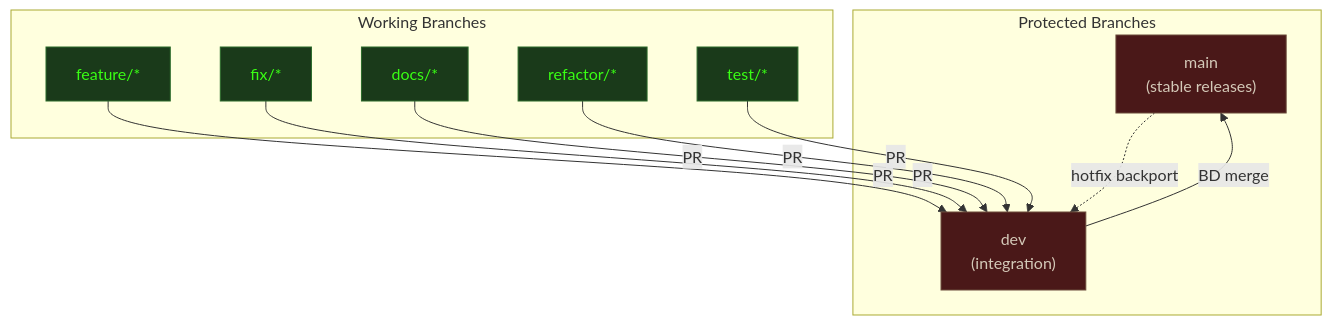
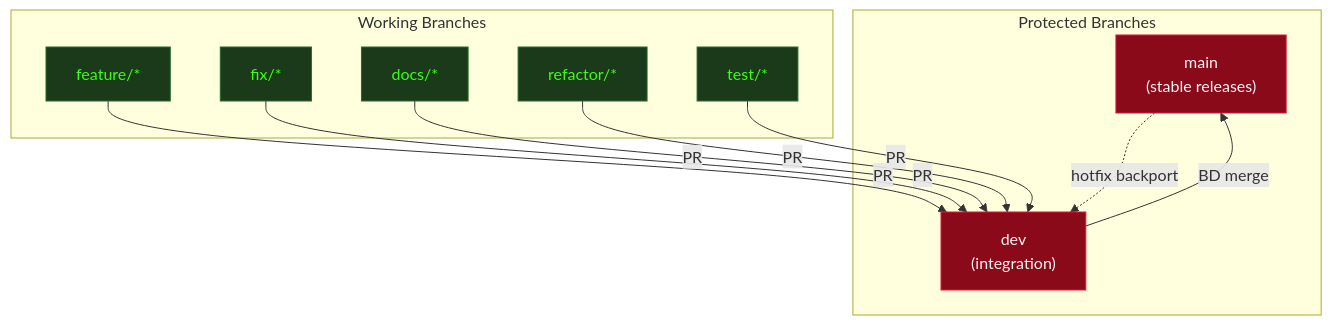
The diagram in docs/reference/ci-workflow.rst (percy-raskova/babylon), drawn with Mermaid before and after one commit. The commit also changed 7 other files, not shown here.

First line of the commit message:
style(docs): replace Necropolis Codex theme with Luxe Gothic palette

```diff
--- a/docs/reference/ci-workflow.rst
+++ b/docs/reference/ci-workflow.rst
@@ -19,26 +19,26 @@
 .. mermaid::
 
    flowchart TB
        subgraph protected["Protected Branches"]
            MAIN["main<br/>(stable releases)"]
            DEV["dev<br/>(integration)"]
        end
 
        subgraph work["Working Branches"]
            FEAT["feature/*"]
            FIX["fix/*"]
            DOCS["docs/*"]
            REFACT["refactor/*"]
            TEST["test/*"]
        end
 
        FEAT & FIX & DOCS & REFACT & TEST -->|"PR"| DEV
        DEV -->|"BD merge"| MAIN
        MAIN -.->|"hotfix backport"| DEV
 
-   %% Necropolis Codex styling
-   classDef protected fill:#4A1818,stroke:#6B4A3A,color:#D4C9B8
+   %% Luxe Gothic styling
+   classDef protected fill:#8B0A1A,stroke:#DC143C,color:#F7F5F3
    classDef work fill:#1A3A1A,stroke:#2A6B2A,color:#39FF14
 
    class MAIN,DEV protected
    class FEAT,FIX,DOCS,REFACT,TEST work
```
